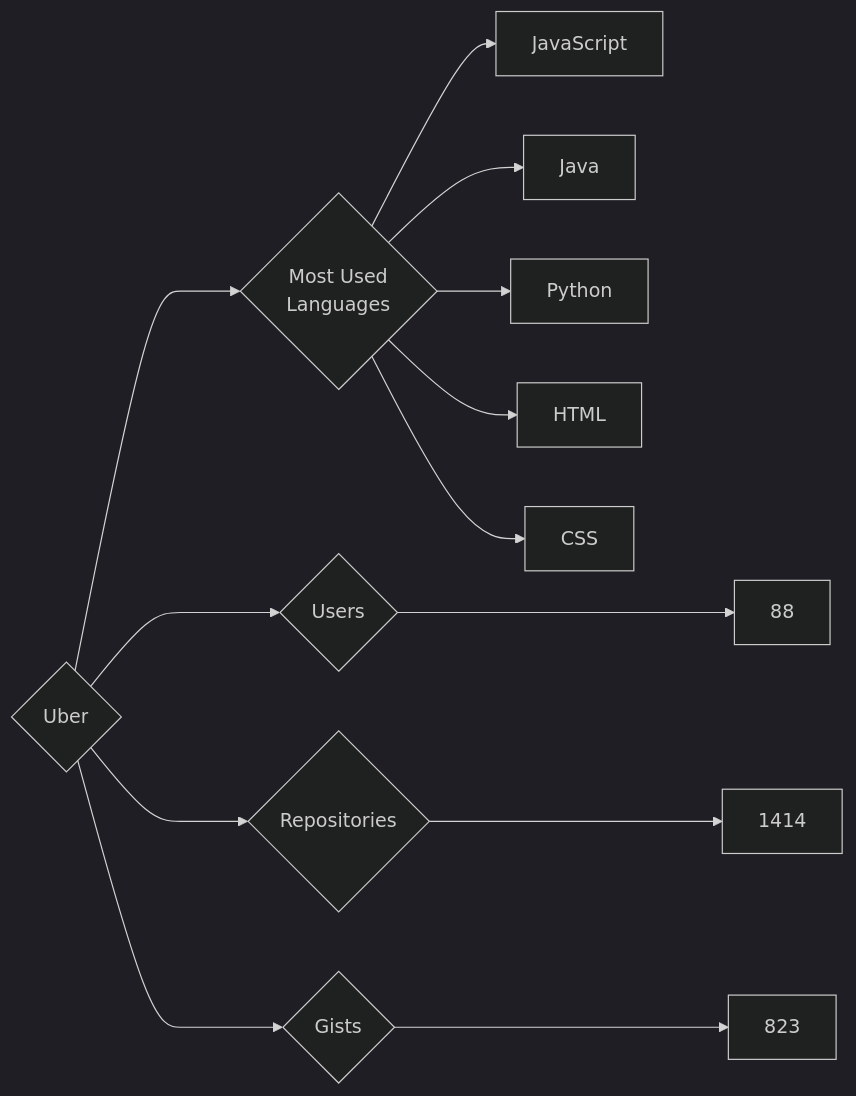
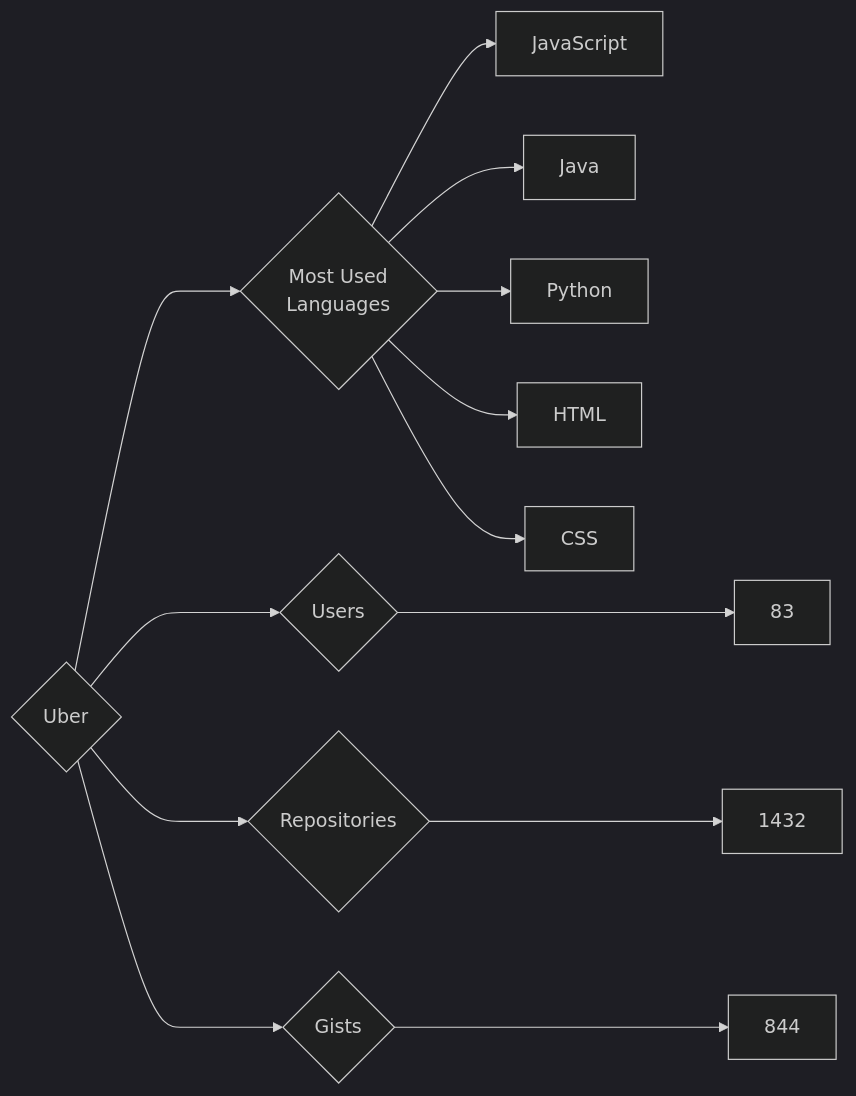
The diagram in targets/Uber/README.md (trickest/insiders), drawn with Mermaid (dark theme) before and after one commit. The commit also changed 912 other files, not shown here.

````diff
--- a/targets/Uber/README.md
+++ b/targets/Uber/README.md
@@ -3,13 +3,13 @@
 ```mermaid
 graph LR
 COMPANY_NAME{Uber}
-COMPANY_NAME ---> U{Users} ---> UN[88]
-COMPANY_NAME ---> R{Repositories} ---> RN[1414]
-COMPANY_NAME ---> G{Gists} ---> GN[823]
+COMPANY_NAME ---> U{Users} ---> UN[83]
+COMPANY_NAME ---> R{Repositories} ---> RN[1432]
+COMPANY_NAME ---> G{Gists} ---> GN[844]
 COMPANY_NAME ---> ML{Most Used<br>Languages}
 ML --> JavaScript[JavaScript]
 ML --> Java[Java]
 ML --> Python[Python]
 ML --> HTML[HTML]
 ML --> CSS[CSS]
 ```
````
